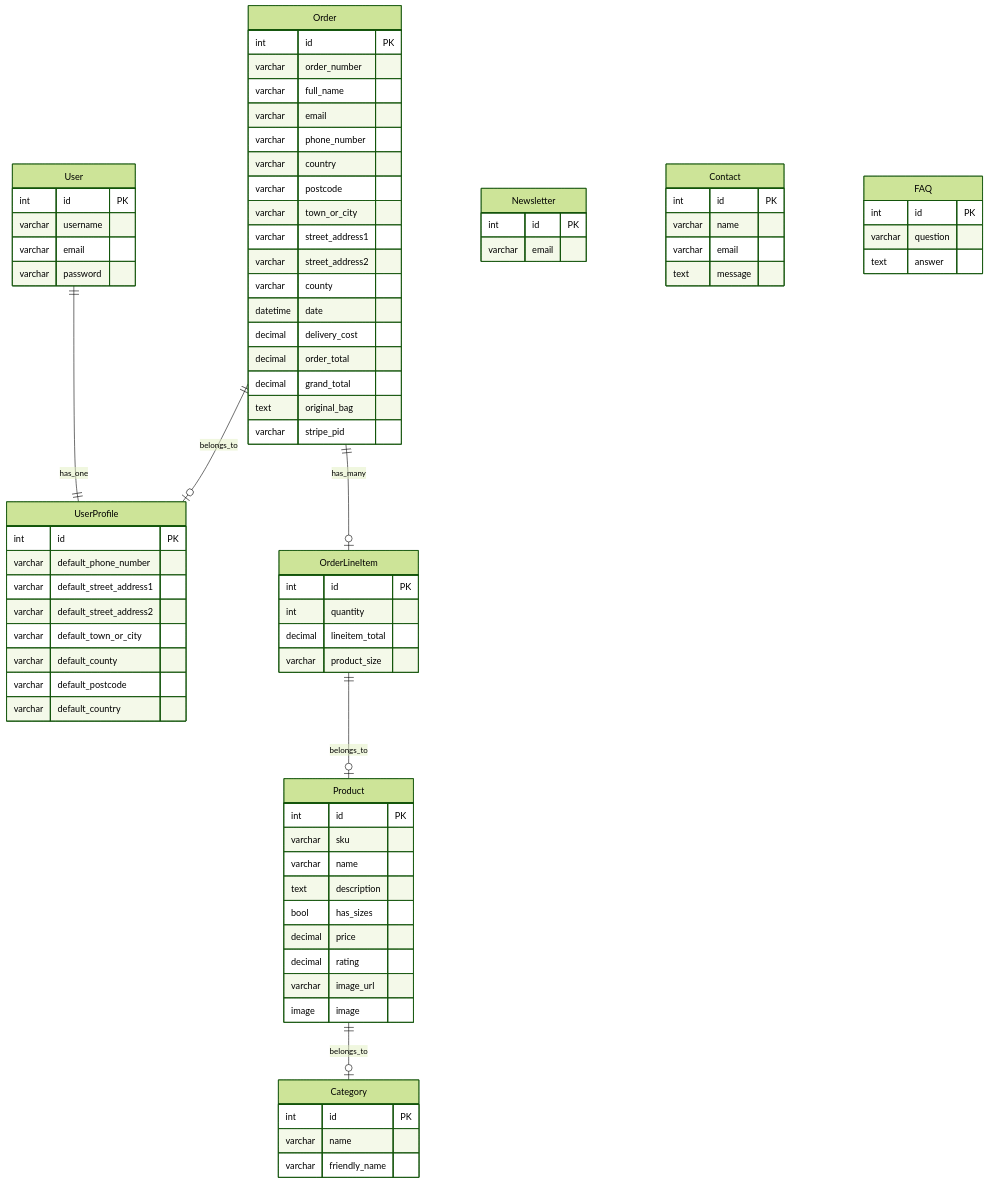
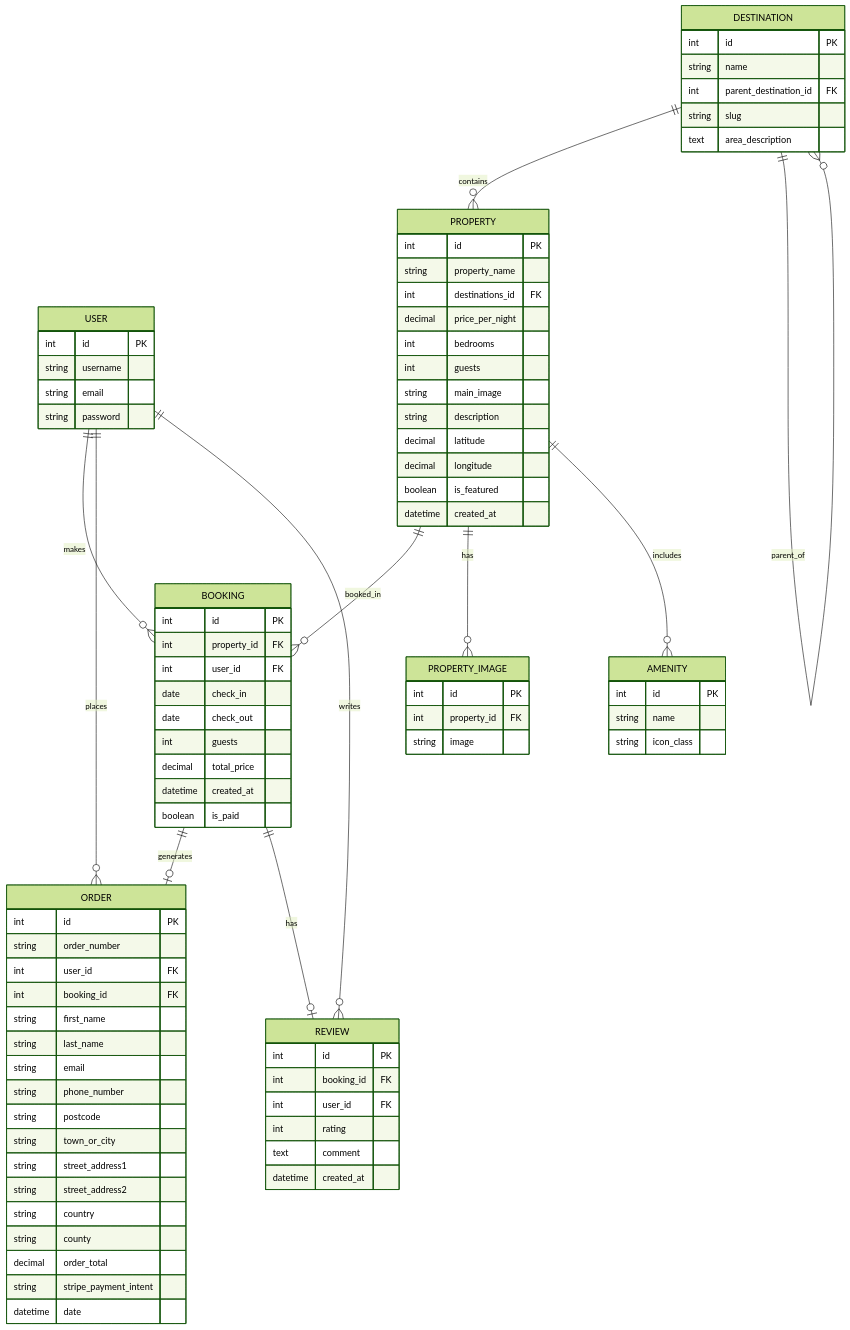
One commit to EllisBale/stay_hollow changed the diagram in README.md. Above: the diagram before and after it, drawn with Mermaid (forest theme). The commit also changed other lines of this file and 1 other file, not shown here.

Commit message:
Add Data Model to README.md

````diff
--- a/README.md
+++ b/README.md
@@ -338,92 +309,102 @@
 ```mermaid
 erDiagram
-    User {
+    %% USERS
+    USER ||--o{ BOOKING : makes
+    USER ||--o{ ORDER : places
+    USER ||--o{ REVIEW : writes
+
+    %% LISTINGS
+    PROPERTY ||--o{ BOOKING : booked_in
+    PROPERTY ||--o{ PROPERTY_IMAGE : has
+    PROPERTY ||--o{ AMENITY : includes
+    DESTINATION ||--o{ PROPERTY : contains
+    DESTINATION ||--o{ DESTINATION : parent_of
+
+    %% BOOKINGS AND ORDERS
+    BOOKING ||--o| ORDER : generates
+    BOOKING ||--o| REVIEW : has
+
+    %% ENTITIES
+    USER {
         int id PK
-        varchar username
-        varchar email
-        varchar password
+        string username
+        string email
+        string password
     }
 
-    UserProfile {
+    BOOKING {
         int id PK
-        varchar default_phone_number
-        varchar default_street_address1
-        varchar default_street_address2
-        varchar default_town_or_city
-        varchar default_county
-        varchar default_postcode
-        varchar default_country
+        int property_id FK
+        int user_id FK
+        date check_in
+        date check_out
+        int guests
+        decimal total_price
+        datetime created_at
+        boolean is_paid
     }
 
-    User ||--|| UserProfile : has_one
-
-    Category {
+    ORDER {
         int id PK
-        varchar name
-        varchar friendly_name
+        string order_number
+        int user_id FK
+        int booking_id FK
+        string first_name
+        string last_name
+        string email
+        string phone_number
+        string postcode
+        string town_or_city
+        string street_address1
+        string street_address2
+        string country
+        string county
+        decimal order_total
+        string stripe_payment_intent
+        datetime date
     }
 
-    Product {
+    PROPERTY {
         int id PK
-        varchar sku
-        varchar name
-        text description
-        bool has_sizes
-        decimal price
-        decimal rating
-        varchar image_url
-        image image
+        string property_name
+        int destinations_id FK
+        decimal price_per_night
+        int bedrooms
+        int guests
+        string main_image
+        string description
+        decimal latitude
+        decimal longitude
+        boolean is_featured
+        datetime created_at
     }
 
-    Product ||--o| Category : belongs_to
-
-    Order {
+    PROPERTY_IMAGE {
         int id PK
-        varchar order_number
-        varchar full_name
-        varchar email
-        varchar phone_number
-        varchar country
-        varchar postcode
-        varchar town_or_city
-        varchar street_address1
-        varchar street_address2
-        varchar county
-        datetime date
-        decimal delivery_cost
-        decimal order_total
-        decimal grand_total
-        text original_bag
-        varchar stripe_pid
+        int property_id FK
+        string image
     }
 
-    OrderLineItem {
+    AMENITY {
         int id PK
-        int quantity
-        decimal lineitem_total
-        varchar product_size
+        string name
+        string icon_class
     }
 
-    Order ||--o| OrderLineItem : has_many
-    OrderLineItem ||--o| Product : belongs_to
-
-    Order ||--o| UserProfile : belongs_to
-
-    Newsletter {
+    DESTINATION {
         int id PK
-        varchar email
+        string name
+        int parent_destination_id FK
+        string slug
+        text area_description
     }
 
-    Contact {
+    REVIEW {
         int id PK
-        varchar name
-        varchar email
-        text message
-    }
-
-    FAQ {
-        int id PK
-        varchar question
-        text answer
+        int booking_id FK
+        int user_id FK
+        int rating
+        text comment
+        datetime created_at
     }
 ```
````
